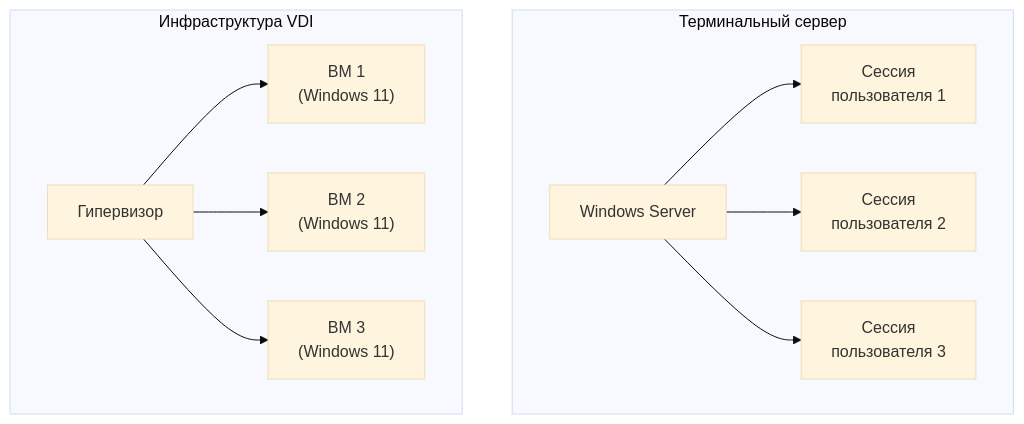
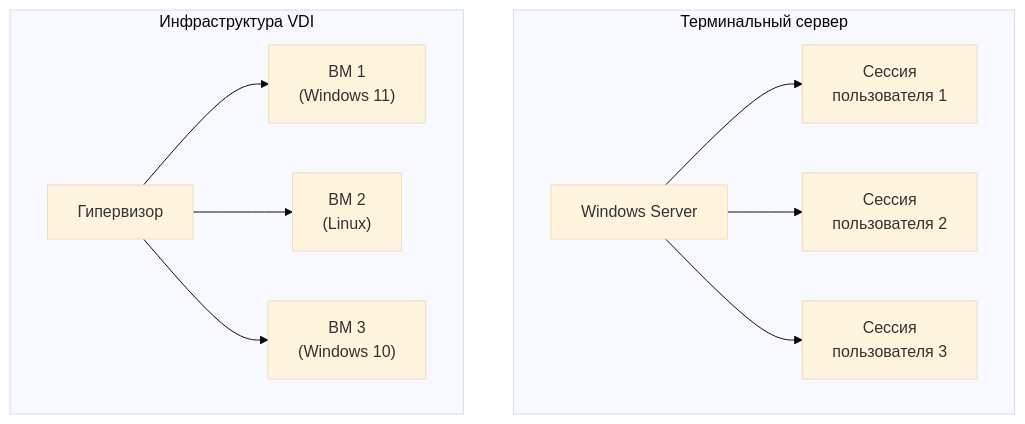
One commit to ksy-prog/information-systems-and-tech changed the fourth of 4 diagrams in chapter-3/seminar-02-os-management/q5-multiuser-multitask.md. Above: the diagram before and after it, drawn with Mermaid (base theme).

Commit message:
исправления конспекта

````diff
--- a/chapter-3/seminar-02-os-management/q5-multiuser-multitask.md
+++ b/chapter-3/seminar-02-os-management/q5-multiuser-multitask.md
@@ -160,22 +160,22 @@
 ```mermaid
 flowchart TB
     subgraph TerminalServer["Терминальный сервер"]
         OS1["Windows Server"]
         S1["Сессия<br/>пользователя 1"]
         S2["Сессия<br/>пользователя 2"]
         S3["Сессия<br/>пользователя 3"]
         OS1 --> S1
         OS1 --> S2
         OS1 --> S3
     end
     
     subgraph VDI["Инфраструктура VDI"]
         HV["Гипервизор"]
         VM1["ВМ 1<br/>(Windows 11)"]
-        VM2["ВМ 2<br/>(Windows 11)"]
-        VM3["ВМ 3<br/>(Windows 11)"]
+        VM2["ВМ 2<br/>(Linux)"]
+        VM3["ВМ 3<br/>(Windows 10)"]
         HV --> VM1
         HV --> VM2
         HV --> VM3
     end
 ```
````
